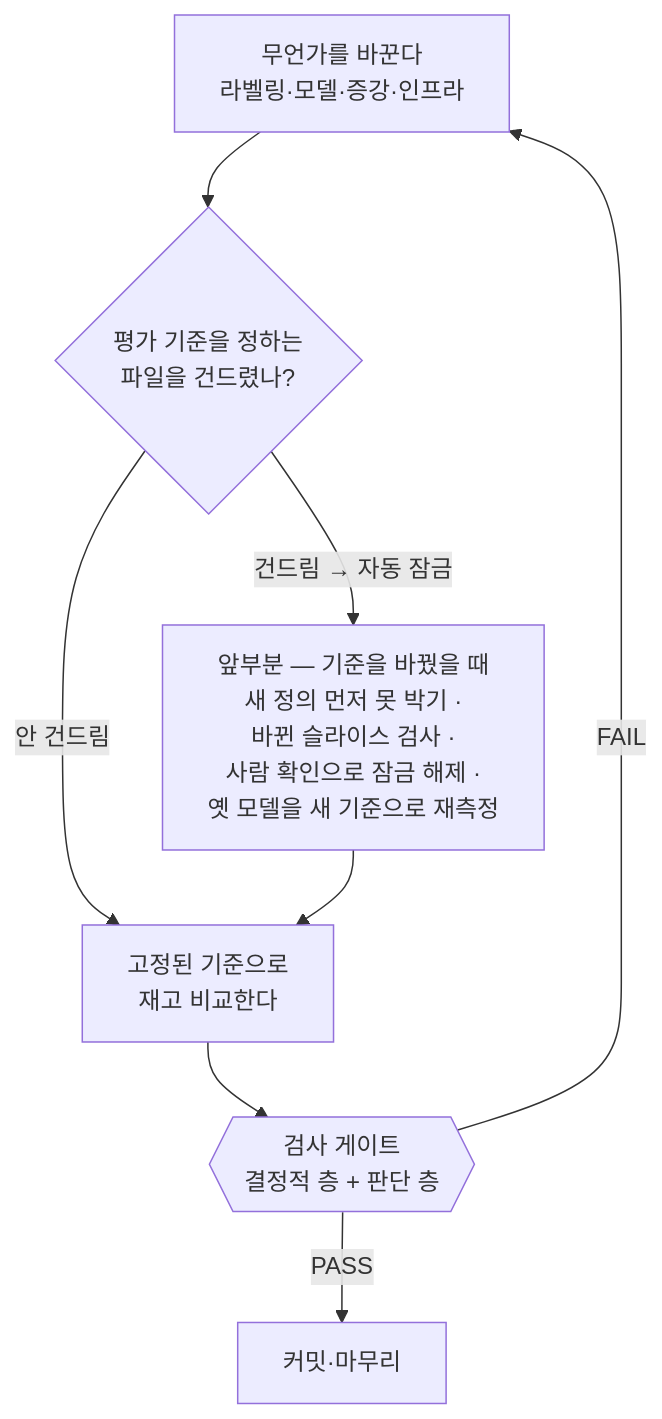
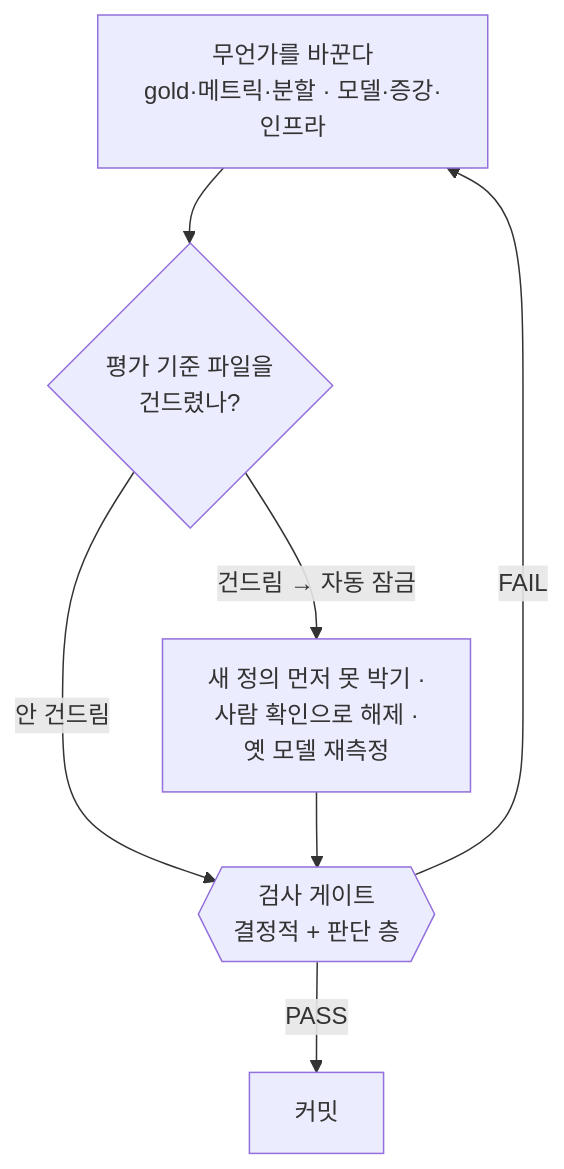
The second of 2 diagrams in CLAUDE.md (groovallstar/ner-pipeline-public), drawn with Mermaid before and after one commit. The commit also changed other lines of this file and 1 other file, not shown here.

````diff
--- a/CLAUDE.md
+++ b/CLAUDE.md
@@ -105,10 +125,9 @@
 ```mermaid
 flowchart TD
-    Work["무언가를 바꾼다<br/>라벨링·모델·증강·인프라"] --> Ruler{"평가 기준을 정하는<br/>파일을 건드렸나?"}
-    Ruler -->|"건드림 → 자동 잠금"| Front["앞부분 — 기준을 바꿨을 때<br/>새 정의 먼저 못 박기 ·<br/>바뀐 슬라이스 검사 ·<br/>사람 확인으로 잠금 해제 ·<br/>옛 모델을 새 기준으로 재측정"]
-    Ruler -->|"안 건드림"| Run["고정된 기준으로<br/>재고 비교한다"]
-    Front --> Run
-    Run --> Gate{{"검사 게이트<br/>결정적 층 + 판단 층"}}
-    Gate -->|"FAIL"| Work
-    Gate -->|"PASS"| Done["커밋·마무리"]
+    Change["무언가를 바꾼다<br/>gold·메트릭·분할 · 모델·증강·인프라"] --> Ruler{"평가 기준 파일을<br/>건드렸나?"}
+    Ruler -->|"건드림 → 자동 잠금"| Front["새 정의 먼저 못 박기 ·<br/>사람 확인으로 해제 ·<br/>옛 모델 재측정"]
+    Ruler -->|"안 건드림"| Gate
+    Front --> Gate{{"검사 게이트<br/>결정적 + 판단 층"}}
+    Gate -->|"FAIL"| Change
+    Gate -->|"PASS"| Done["커밋"]
 ```
````
